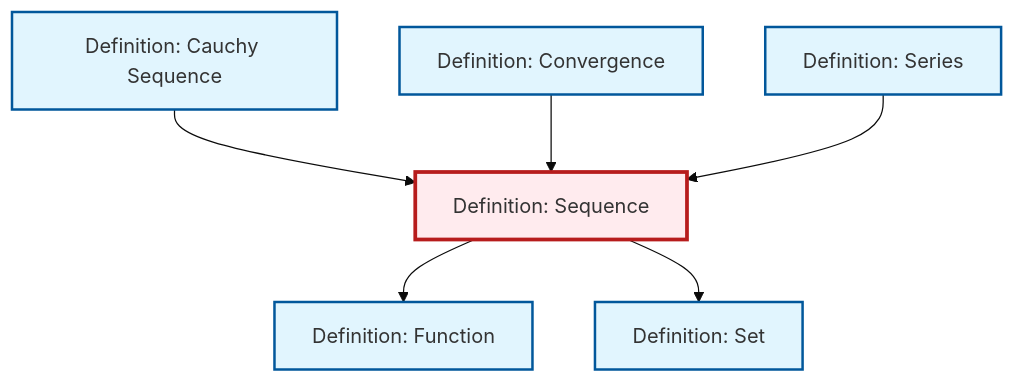
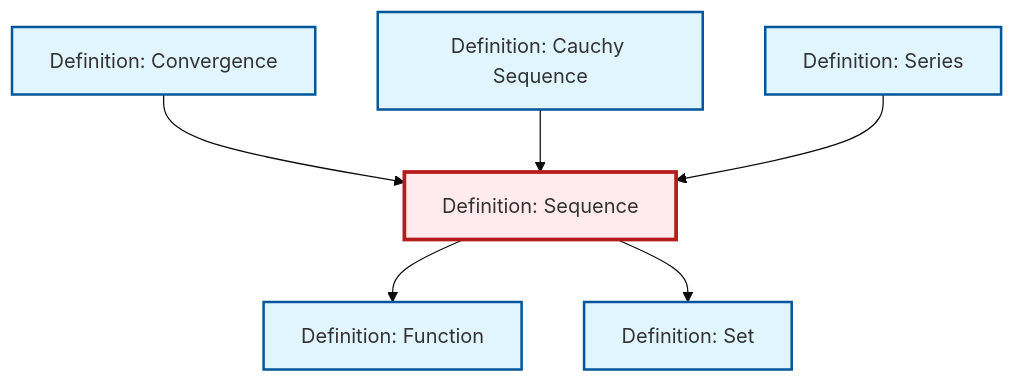
The diagram in content/ja/analysis/def-sequence.qmd (RK0429/ModernMath), drawn with Mermaid (base theme) before and after one commit. The commit also changed other lines of this file and 597 other files, not shown here.

````diff
--- a/content/ja/analysis/def-sequence.qmd
+++ b/content/ja/analysis/def-sequence.qmd
@@ -77,26 +77,26 @@
 ```{mermaid}
 %%| fig-cap: "Local dependency graph"
 graph TD
     classDef definition fill:#e1f5fe,stroke:#01579b,stroke-width:2px
     classDef theorem fill:#f3e5f5,stroke:#4a148c,stroke-width:2px
     classDef axiom fill:#fff3e0,stroke:#e65100,stroke-width:2px
     classDef example fill:#e8f5e9,stroke:#1b5e20,stroke-width:2px
     classDef current fill:#ffebee,stroke:#b71c1c,stroke-width:3px
+    def-series["Definition: Series"]:::definition
     def-function["Definition: Function"]:::definition
-    def-convergence["Definition: Convergence"]:::definition
-    def-series["Definition: Series"]:::definition
     def-set["Definition: Set"]:::definition
     def-cauchy-sequence["Definition: Cauchy Sequence"]:::definition
+    def-convergence["Definition: Convergence"]:::definition
     def-sequence["Definition: Sequence"]:::definition
+    def-convergence --> def-sequence
+    def-sequence --> def-function
+    def-sequence --> def-set
     def-cauchy-sequence --> def-sequence
-    def-sequence --> def-function
-    def-convergence --> def-sequence
     def-series --> def-sequence
-    def-sequence --> def-set
     class def-sequence current
+    click def-series "def-series.html" "Definition: Seriesへ"
     click def-function "def-function.html" "Definition: Functionへ"
-    click def-convergence "def-convergence.html" "Definition: Convergenceへ"
-    click def-series "def-series.html" "Definition: Seriesへ"
     click def-set "def-set.html" "Definition: Setへ"
     click def-cauchy-sequence "def-cauchy-sequence.html" "Definition: Cauchy Sequenceへ"
+    click def-convergence "def-convergence.html" "Definition: Convergenceへ"
 ```
````
